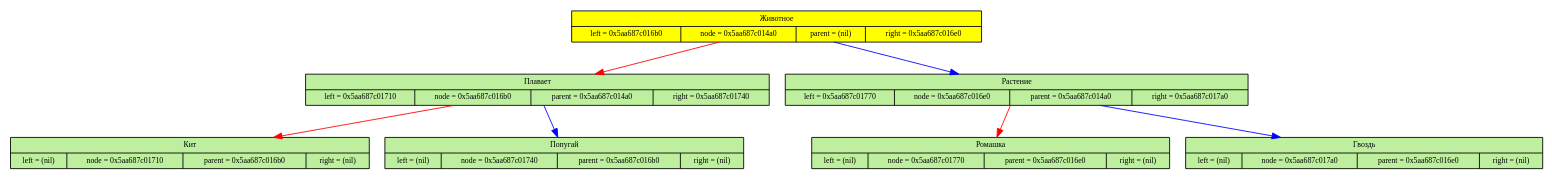
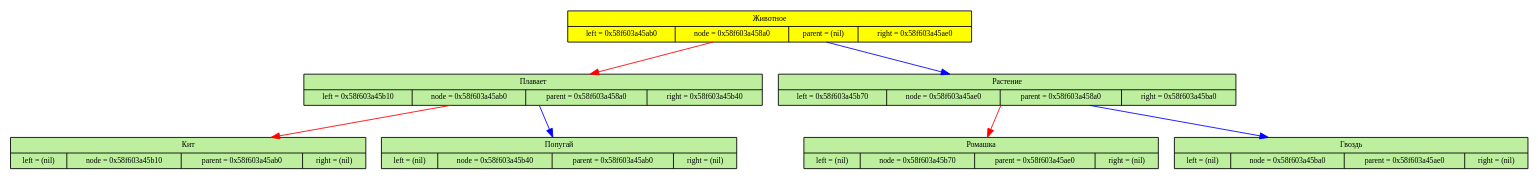
The diagram in okinator.dot (Alexandr26Starostin/okinator), drawn with Graphviz before and after one commit. The commit also changed 10 other files, not shown here.

```diff
--- a/okinator.dot
+++ b/okinator.dot
@@ -1,37 +1,37 @@
 digraph
 {
 	node[fontsize=9]
 
-	node_0x5aa687c014a0 [shape=record, label = "{Животное| {left = 0x5aa687c016b0 | node = 0x5aa687c014a0 | parent = (nil) | right = 0x5aa687c016e0}}" style="filled",fillcolor="yellow"]
+	node_0x58f603a458a0 [shape=record, label = "{Животное| {left = 0x58f603a45ab0 | node = 0x58f603a458a0 | parent = (nil) | right = 0x58f603a45ae0}}" style="filled",fillcolor="yellow"]
 
-	node_0x5aa687c016b0 [shape=record, label = "{Плавает| {left = 0x5aa687c01710 | node = 0x5aa687c016b0 | parent = 0x5aa687c014a0 | right = 0x5aa687c01740}}" style="filled",fillcolor="#BDEF9E"]
+	node_0x58f603a45ab0 [shape=record, label = "{Плавает| {left = 0x58f603a45b10 | node = 0x58f603a45ab0 | parent = 0x58f603a458a0 | right = 0x58f603a45b40}}" style="filled",fillcolor="#BDEF9E"]
 
 	edge[color="red",fontsize=12]
-	node_0x5aa687c014a0 -> node_0x5aa687c016b0
+	node_0x58f603a458a0 -> node_0x58f603a45ab0
 
-	node_0x5aa687c01710 [shape=record, label = "{Кит| {left = (nil) | node = 0x5aa687c01710 | parent = 0x5aa687c016b0 | right = (nil)}}" style="filled",fillcolor="#BDEF9E"]
+	node_0x58f603a45b10 [shape=record, label = "{Кит| {left = (nil) | node = 0x58f603a45b10 | parent = 0x58f603a45ab0 | right = (nil)}}" style="filled",fillcolor="#BDEF9E"]
 
 	edge[color="red",fontsize=12]
-	node_0x5aa687c016b0 -> node_0x5aa687c01710
+	node_0x58f603a45ab0 -> node_0x58f603a45b10
 
-	node_0x5aa687c01740 [shape=record, label = "{Попугай| {left = (nil) | node = 0x5aa687c01740 | parent = 0x5aa687c016b0 | right = (nil)}}" style="filled",fillcolor="#BDEF9E"]
+	node_0x58f603a45b40 [shape=record, label = "{Попугай| {left = (nil) | node = 0x58f603a45b40 | parent = 0x58f603a45ab0 | right = (nil)}}" style="filled",fillcolor="#BDEF9E"]
 
 	edge[color="blue",fontsize=12]
-	node_0x5aa687c016b0 -> node_0x5aa687c01740
+	node_0x58f603a45ab0 -> node_0x58f603a45b40
 
-	node_0x5aa687c016e0 [shape=record, label = "{Растение| {left = 0x5aa687c01770 | node = 0x5aa687c016e0 | parent = 0x5aa687c014a0 | right = 0x5aa687c017a0}}" style="filled",fillcolor="#BDEF9E"]
+	node_0x58f603a45ae0 [shape=record, label = "{Растение| {left = 0x58f603a45b70 | node = 0x58f603a45ae0 | parent = 0x58f603a458a0 | right = 0x58f603a45ba0}}" style="filled",fillcolor="#BDEF9E"]
 
 	edge[color="blue",fontsize=12]
-	node_0x5aa687c014a0 -> node_0x5aa687c016e0
+	node_0x58f603a458a0 -> node_0x58f603a45ae0
 
-	node_0x5aa687c01770 [shape=record, label = "{Ромашка| {left = (nil) | node = 0x5aa687c01770 | parent = 0x5aa687c016e0 | right = (nil)}}" style="filled",fillcolor="#BDEF9E"]
+	node_0x58f603a45b70 [shape=record, label = "{Ромашка| {left = (nil) | node = 0x58f603a45b70 | parent = 0x58f603a45ae0 | right = (nil)}}" style="filled",fillcolor="#BDEF9E"]
 
 	edge[color="red",fontsize=12]
-	node_0x5aa687c016e0 -> node_0x5aa687c01770
+	node_0x58f603a45ae0 -> node_0x58f603a45b70
 
-	node_0x5aa687c017a0 [shape=record, label = "{Гвоздь| {left = (nil) | node = 0x5aa687c017a0 | parent = 0x5aa687c016e0 | right = (nil)}}" style="filled",fillcolor="#BDEF9E"]
+	node_0x58f603a45ba0 [shape=record, label = "{Гвоздь| {left = (nil) | node = 0x58f603a45ba0 | parent = 0x58f603a45ae0 | right = (nil)}}" style="filled",fillcolor="#BDEF9E"]
 
 	edge[color="blue",fontsize=12]
-	node_0x5aa687c016e0 -> node_0x5aa687c017a0
+	node_0x58f603a45ae0 -> node_0x58f603a45ba0
 
 	}
```
